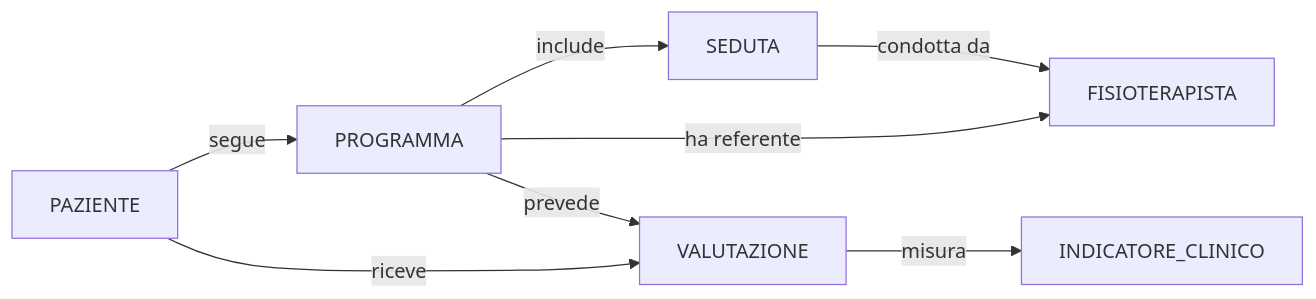
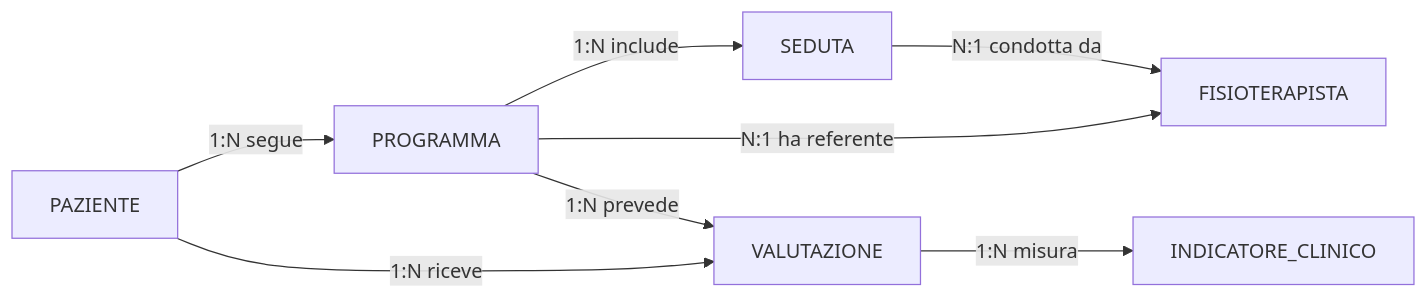
One commit to lucadagati/Lab_Fondamenti_di_Informatica_25_26 changed the third of 5 diagrams in 08-progettazione-er/esercizi/01-esercizio-palestra-riabilitativa.md. Above: the diagram before and after it, drawn with Mermaid. The commit also changed other lines of this file and 60 other files, not shown here.

Commit message:
Add Chen ER step-by-step draw.io diagrams and fix layout

````diff
--- a/08-progettazione-er/esercizi/01-esercizio-palestra-riabilitativa.md
+++ b/08-progettazione-er/esercizi/01-esercizio-palestra-riabilitativa.md
@@ -88,10 +88,10 @@
 ```mermaid
 flowchart LR
-    P[PAZIENTE] -->|segue| PR[PROGRAMMA]
-    PR -->|include| S[SEDUTA]
-    PR -->|ha referente| F[FISIOTERAPISTA]
-    S -->|condotta da| F
-    P -->|riceve| V[VALUTAZIONE]
-    PR -->|prevede| V
-    V -->|misura| I[INDICATORE_CLINICO]
+    P[PAZIENTE] -->|1:N segue| PR[PROGRAMMA]
+    PR -->|1:N include| S[SEDUTA]
+    PR -->|N:1 ha referente| F[FISIOTERAPISTA]
+    S -->|N:1 condotta da| F
+    P -->|1:N riceve| V[VALUTAZIONE]
+    PR -->|1:N prevede| V
+    V -->|1:N misura| I[INDICATORE_CLINICO]
 ```
````
